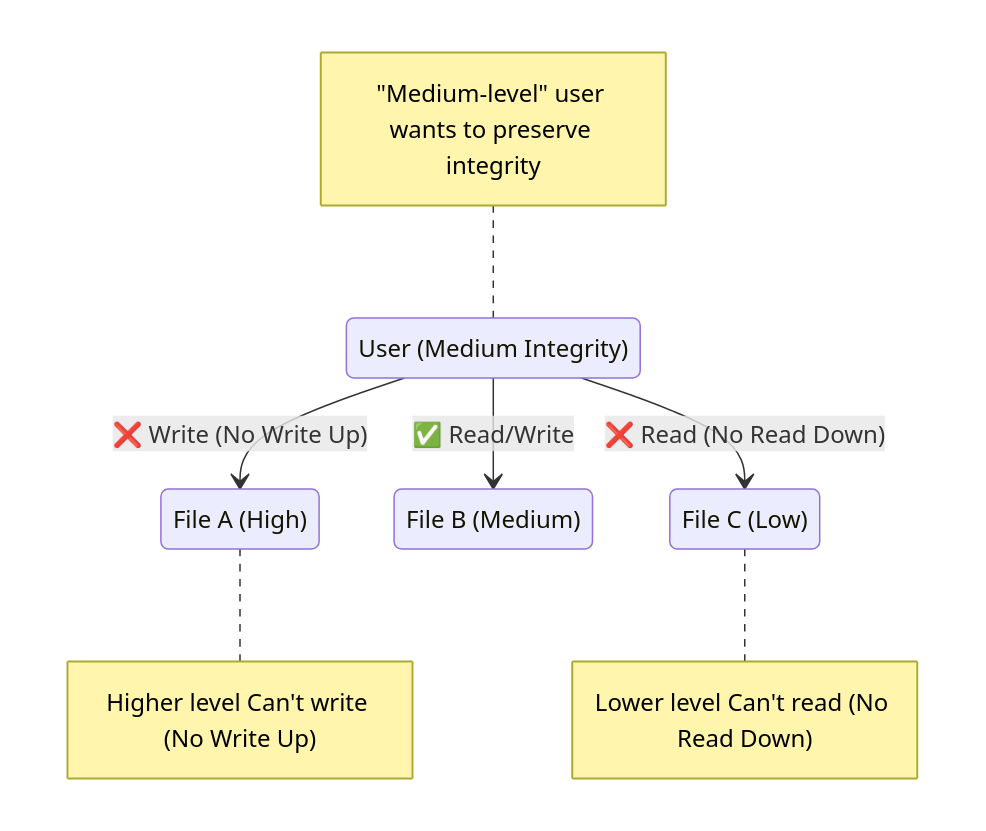
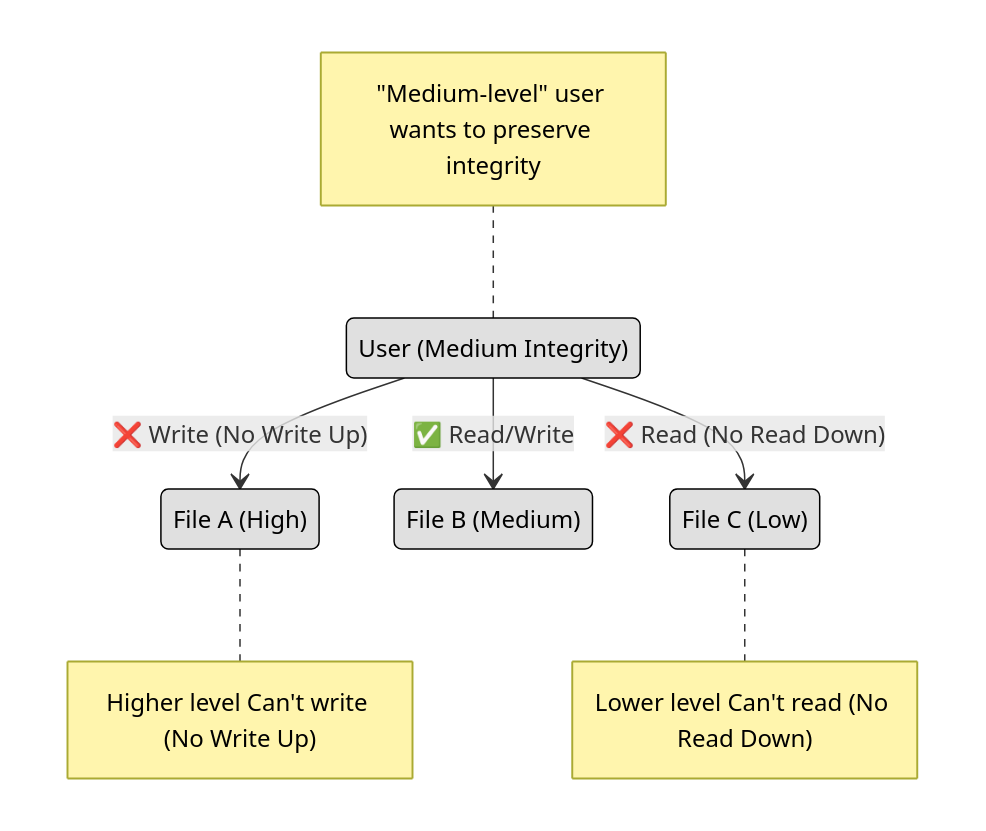
One commit to lorenzoleonelli/CISSP-Zero-to-Hero changed the tenth of 11 diagrams in DOMAIN3: Security Architecture and Engineering/3.02 Understand the fundamental concepts of security models (e.g. Biba, STar Model, Bell Lapadula).md. Above: the diagram before and after it, drawn with Mermaid. The commit also changed other lines of this file, not shown here.

Commit message:
Update 3.02 Understand the fundamental concepts of security models (e.g. Biba, STar Model, Bell Lapadula).md

````diff
--- a/DOMAIN3: Security Architecture and Engineering/3.02 Understand the fundamental concepts of security models (e.g. Biba, STar Model, Bell Lapadula).md
+++ b/DOMAIN3: Security Architecture and Engineering/3.02 Understand the fundamental concepts of security models (e.g. Biba, STar Model, Bell Lapadula).md
@@ -321,25 +321,28 @@
 ```mermaid
 stateDiagram-v2
     direction TB
 
     state "User (Medium Integrity)" as User
     state "File A (High)" as FileHigh
     state "File B (Medium)" as FileMed
     state "File C (Low)" as FileLow
 
     User --> FileHigh : ❌ Write (No Write Up)
     User --> FileMed : ✅ Read/Write
     User --> FileLow : ❌ Read (No Read Down)
 
     note right of FileHigh
       Higher level Can't write (No Write Up)
     end note
 
     note right of FileLow
       Lower level Can't read (No Read Down)
     end note
 
     note left of User
       "Medium-level" user wants to preserve integrity
     end note
+
+   classDef center fill:#ffffff,color:#000000,stroke:#000000,stroke-width:1px,font-weight:bold
+    classDef node fill:#e0e0e0,color:#000000,stroke:#000000,stroke-width:1px
 ```
````
